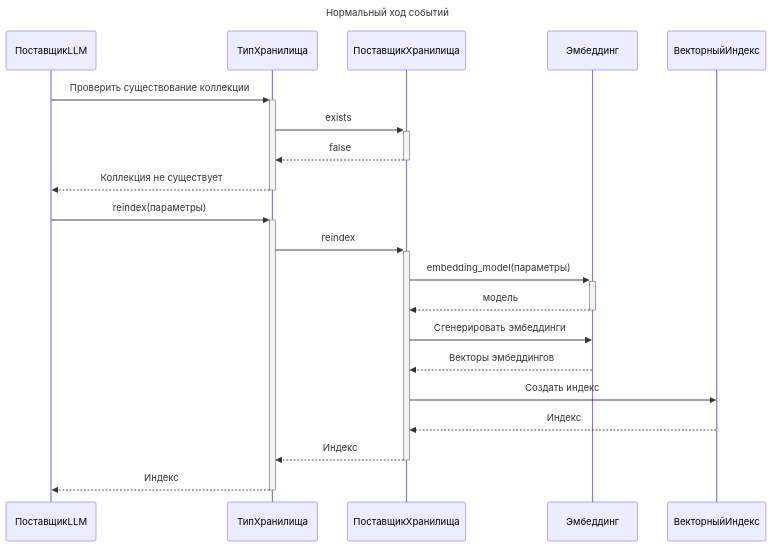
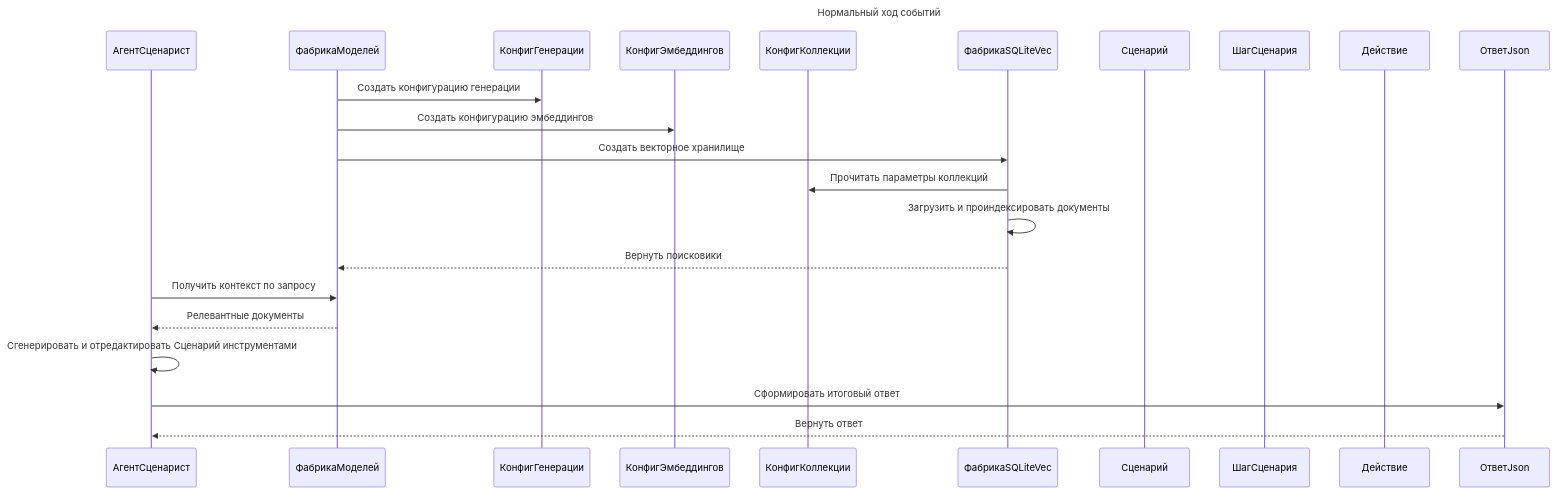
The first of 3 diagrams in Пакет Обработка эмбеддингов/2. Диаграмма последовательностей взаимодействия объектов классов пакета.md (CHSU-scenarAIst/diagrammy), drawn with Mermaid before and after one commit. The commit also changed other lines of this file and 13 other files, not shown here.

````diff
--- a/Пакет Обработка эмбеддингов/2. Диаграмма последовательностей взаимодействия объектов классов пакета.md
+++ b/Пакет Обработка эмбеддингов/2. Диаграмма последовательностей взаимодействия объектов классов пакета.md
@@ -5,26 +5,28 @@
 ```mermaid
 ---
 title: Нормальный ход событий
 ---
 sequenceDiagram
-    participant ПоставщикLLM
-    participant ТипХранилища
-    participant ПоставщикХранилища
-    participant Эмбеддинг
-    participant ВекторныйИндекс
+    participant АгентСценарист
+    participant ФабрикаМоделей
+    participant КонфигГенерации
+    participant КонфигЭмбеддингов
+    participant КонфигКоллекции
+    participant ФабрикаSQLiteVec
+    participant Сценарий
+    participant ШагСценария
+    participant Действие
+    participant ОтветJson
 
-    ПоставщикLLM->>+ТипХранилища: Проверить существование коллекции
-    ТипХранилища->>+ПоставщикХранилища: exists
-    ПоставщикХранилища-->>-ТипХранилища: false
-    ТипХранилища-->>-ПоставщикLLM: Коллекция не существует
-    ПоставщикLLM->>+ТипХранилища: reindex(параметры)
-    ТипХранилища->>+ПоставщикХранилища: reindex
-    ПоставщикХранилища->>+Эмбеддинг: embedding_model(параметры)
-    Эмбеддинг-->>-ПоставщикХранилища: модель
-    ПоставщикХранилища->>Эмбеддинг: Сгенерировать эмбеддинги
-    Эмбеддинг-->>ПоставщикХранилища: Векторы эмбеддингов
-    ПоставщикХранилища->>ВекторныйИндекс: Создать индекс
-    ВекторныйИндекс-->>ПоставщикХранилища: Индекс
-    ПоставщикХранилища-->>-ТипХранилища: Индекс
-    ТипХранилища-->>-ПоставщикLLM: Индекс
+    ФабрикаМоделей->>КонфигГенерации: Создать конфигурацию генерации
+    ФабрикаМоделей->>КонфигЭмбеддингов: Создать конфигурацию эмбеддингов
+    ФабрикаМоделей->>ФабрикаSQLiteVec: Создать векторное хранилище
+    ФабрикаSQLiteVec->>КонфигКоллекции: Прочитать параметры коллекций
+    ФабрикаSQLiteVec->>ФабрикаSQLiteVec: Загрузить и проиндексировать документы
+    ФабрикаSQLiteVec-->>ФабрикаМоделей: Вернуть поисковики
+    АгентСценарист->>ФабрикаМоделей: Получить контекст по запросу
+    ФабрикаМоделей-->>АгентСценарист: Релевантные документы
+    АгентСценарист->>АгентСценарист: Сгенерировать и отредактировать Сценарий инструментами
+    АгентСценарист->>ОтветJson: Сформировать итоговый ответ
+    ОтветJson-->>АгентСценарист: Вернуть ответ
 ```
````
